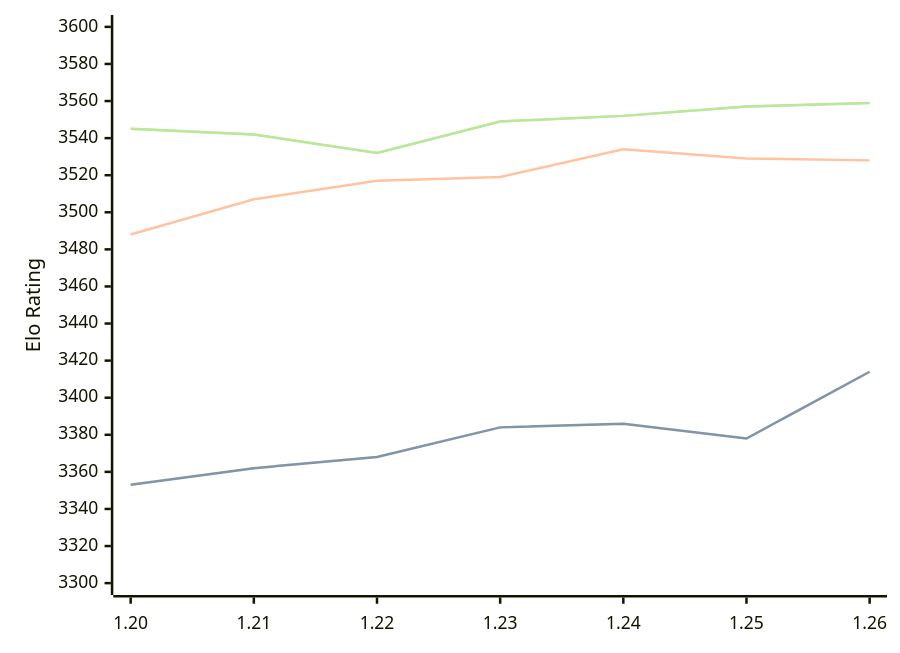
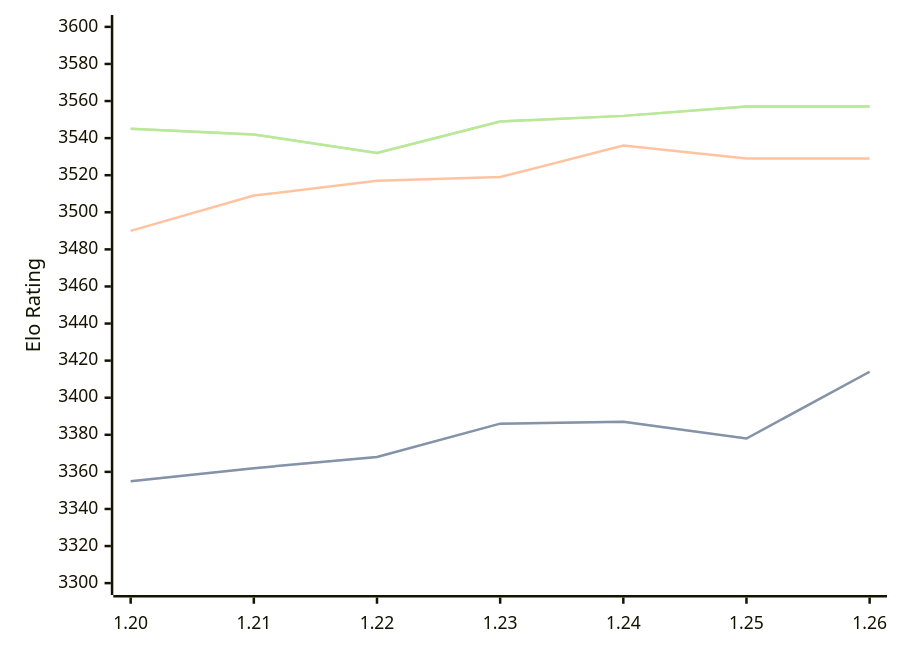
Before and after one commit to computer-chess-index/cci: the diagram in engines/Caissa.md, drawn with Mermaid. The commit also changed other lines of this file, not shown here.

Commit message:
Update CCI Ratings (ELO VLTC) - 2026-08-24

````diff
--- a/engines/Caissa.md
+++ b/engines/Caissa.md
@@ -37,11 +37,11 @@
 ```mermaid
 %%{init: {"theme":"base","themeVariables":{"seriesColors:['#a3a3a3','#222221','#faa371']}}}%%
 xychart-beta
   x-axis ["1.20", "1.21", "1.22", "1.23", "1.24", "1.25", "1.26"]
   y-axis "Elo Rating" 3300 --> 3600
-  line "STC (8.0+0.08s)" [3353, 3362, 3368, 3384, 3386, 3378, 3414]
-  line "STC (8.0+0.08s)" [3353, 3362, 3368, 3384, 3386, 3378, 3414]
-  line "LTC (60.0+0.60s)" [3488, 3507, 3517, 3519, 3534, 3529, 3528]
-  line "VLTC (2m24s+1.12s)" [3545, 3542, 3532, 3549, 3552, 3557, 3559]
-  line "VLTC (2m24s+1.12s)" [3545, 3542, 3532, 3549, 3552, 3557, 3559]
+  line "STC (8.0+0.08s)" [3355, 3362, 3368, 3386, 3387, 3378, 3414]
+  line "STC (8.0+0.08s)" [3355, 3362, 3368, 3386, 3387, 3378, 3414]
+  line "LTC (60.0+0.60s)" [3490, 3509, 3517, 3519, 3536, 3529, 3529]
+  line "VLTC (2m24s+1.12s)" [3545, 3542, 3532, 3549, 3552, 3557, 3557]
+  line "VLTC (2m24s+1.12s)" [3545, 3542, 3532, 3549, 3552, 3557, 3557]
 ```
````
